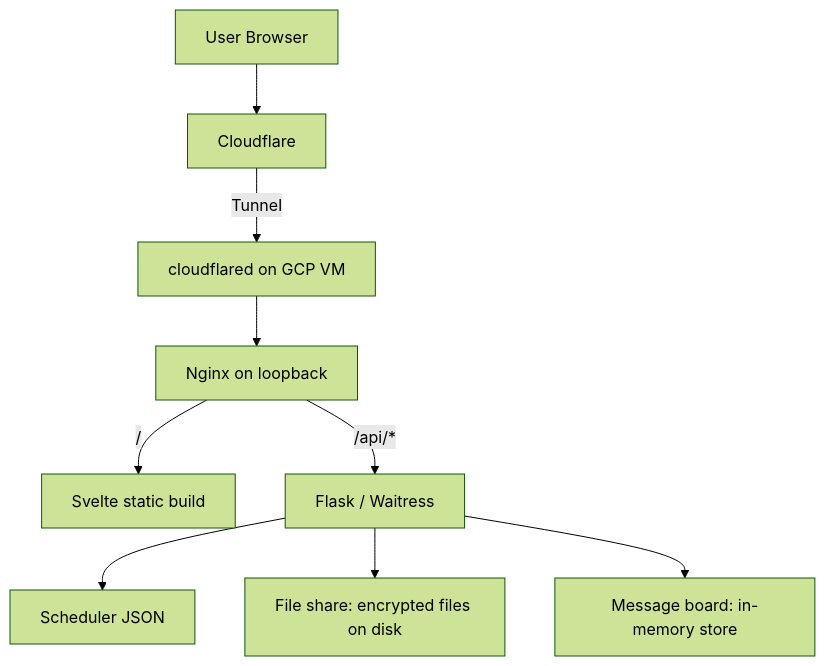
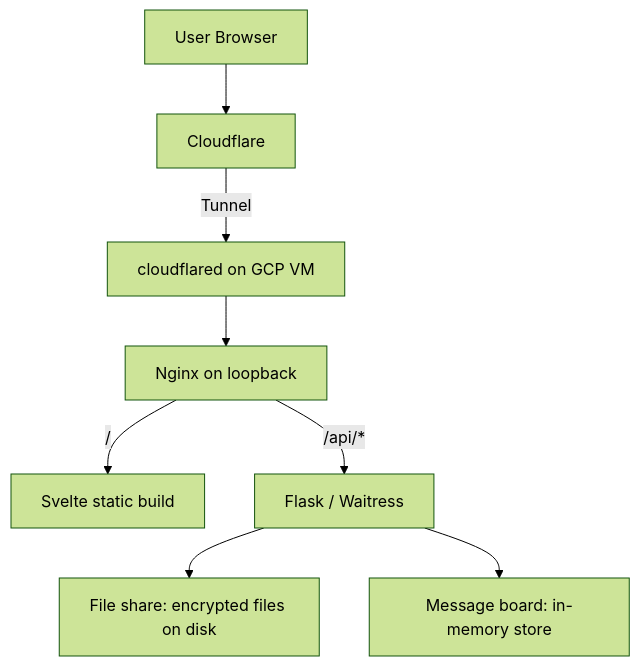
One commit to DefiantBurger/Website changed the first of 2 diagrams in frontend/src/content/projects/personal-website-platform.md. Above: the diagram before and after it, drawn with Mermaid (forest theme). The commit also changed other lines of this file and 1 other file, not shown here.

````diff
--- a/frontend/src/content/projects/personal-website-platform.md
+++ b/frontend/src/content/projects/personal-website-platform.md
@@ -62,11 +62,10 @@
 ```mermaid
 flowchart TB
     U[User Browser] --> CF[Cloudflare]
     CF -->|Tunnel| CFD[cloudflared on GCP VM]
     CFD --> NX[Nginx on loopback]
     NX -->|/| FE[Svelte static build]
     NX -->|/api/*| BE[Flask / Waitress]
-    BE --> PC[Scheduler JSON]
     BE --> FS[File share: encrypted files on disk]
     BE --> MB[Message board: in-memory store]
 ```
````
